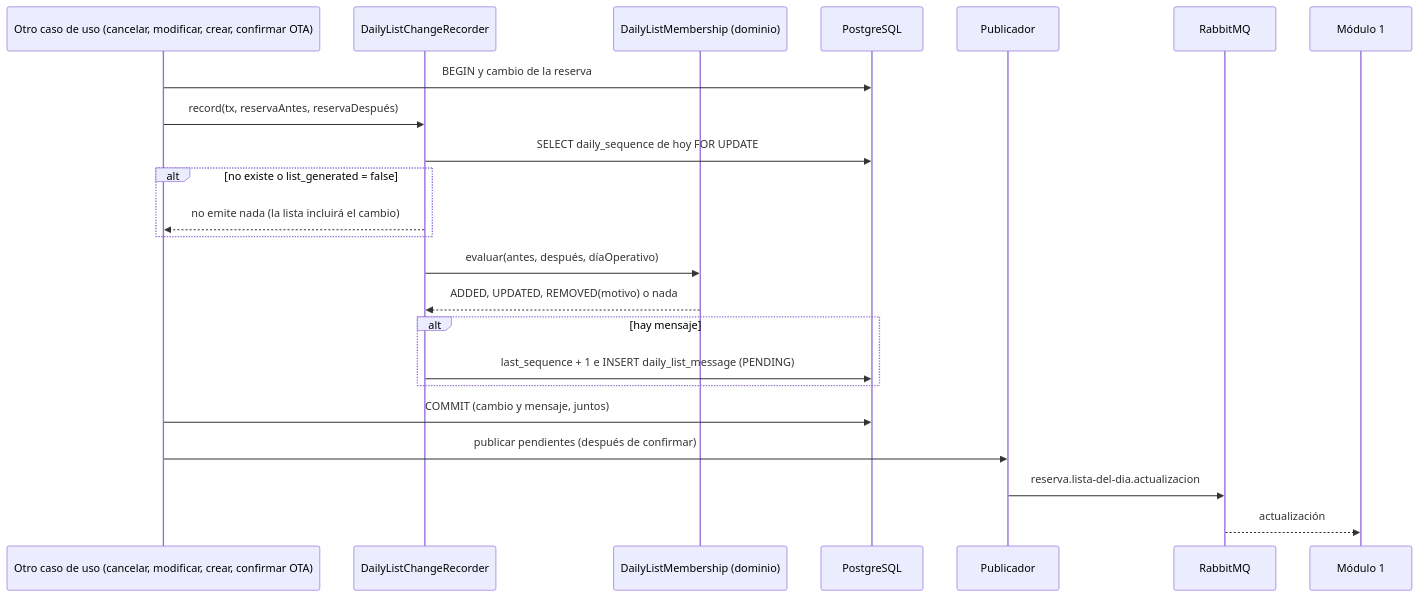
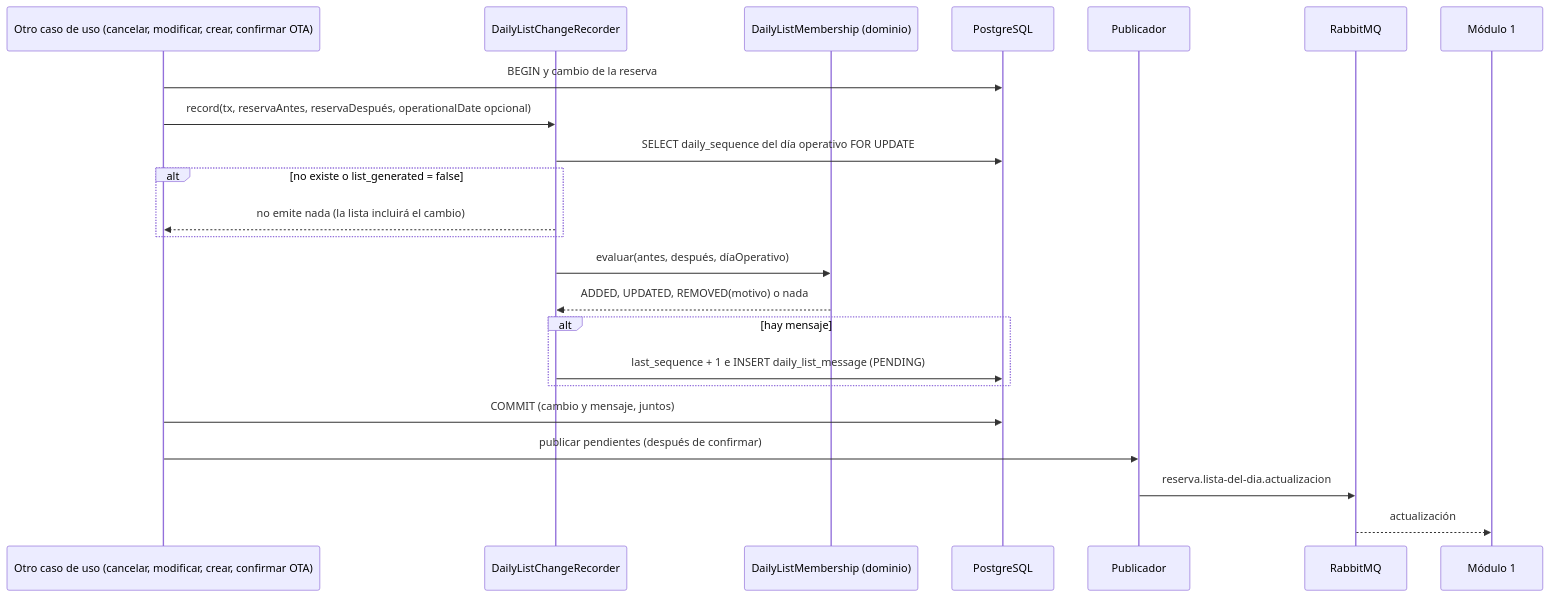
The third of 5 diagrams in specs/check-view-reservation/plan.md (Lapicero312-lapi/HOSPITUA-MOD-2), drawn with Mermaid before and after one commit. The commit also changed other lines of this file and 1 other file, not shown here.

````diff
--- a/specs/check-view-reservation/plan.md
+++ b/specs/check-view-reservation/plan.md
@@ -615,26 +618,26 @@
 ```mermaid
 sequenceDiagram
     participant F as Otro caso de uso (cancelar, modificar, crear, confirmar OTA)
     participant R as DailyListChangeRecorder
     participant D as DailyListMembership (dominio)
     participant DB as PostgreSQL
     participant P as Publicador
     participant MQ as RabbitMQ
     participant M1 as Módulo 1
 
     F->>DB: BEGIN y cambio de la reserva
-    F->>R: record(tx, reservaAntes, reservaDespués)
-    R->>DB: SELECT daily_sequence de hoy FOR UPDATE
+    F->>R: record(tx, reservaAntes, reservaDespués, operationalDate opcional)
+    R->>DB: SELECT daily_sequence del día operativo FOR UPDATE
     alt no existe o list_generated = false
         R-->>F: no emite nada (la lista incluirá el cambio)
     end
     R->>D: evaluar(antes, después, díaOperativo)
     D-->>R: ADDED, UPDATED, REMOVED(motivo) o nada
     alt hay mensaje
         R->>DB: last_sequence + 1 e INSERT daily_list_message (PENDING)
     end
     F->>DB: COMMIT (cambio y mensaje, juntos)
     F->>P: publicar pendientes (después de confirmar)
     P->>MQ: reserva.lista-del-dia.actualizacion
     MQ-->>M1: actualización
 ```
````
